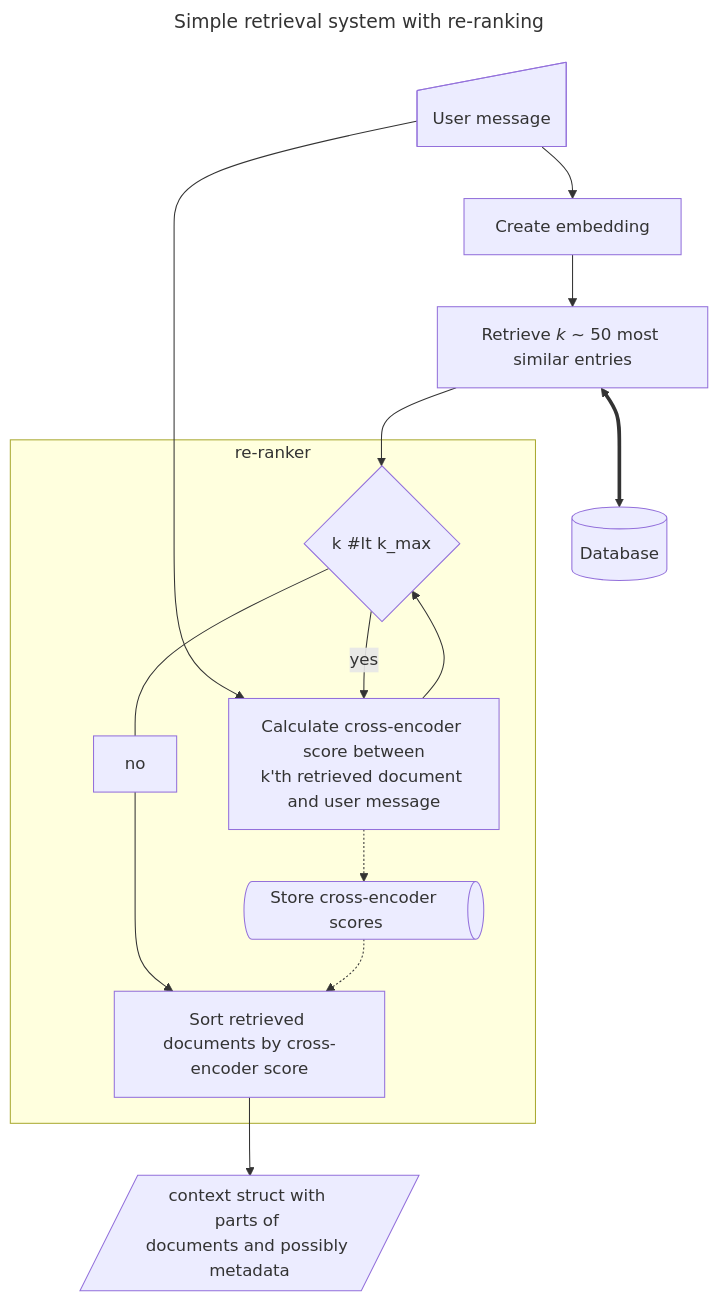
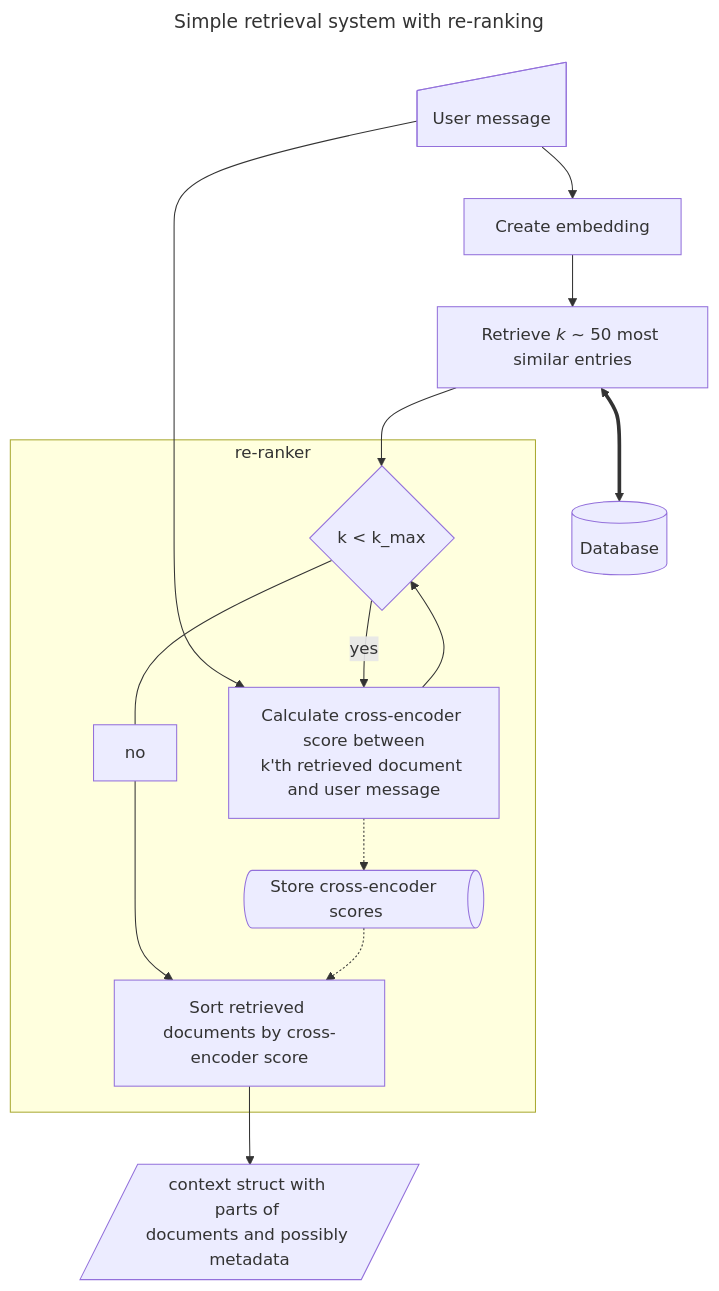
The second of 2 diagrams in docs/background/rag/retrival_system.md (DKAndreasen/public-genai-governance), drawn with Mermaid before and after one commit.

Commit message:
fix less than character

````diff
--- a/docs/background/rag/retrival_system.md
+++ b/docs/background/rag/retrival_system.md
@@ -31,32 +31,32 @@
 ```mermaid
 ---
 title: Simple retrieval system with re-ranking
 ---
 graph TD;
     db[(Database)]
     input@{ shape: manual-input, label: "User message" }
     embed["Create embedding"]
     retriever["`Retrieve _k_ ~ 50 most similar entries`"]
     output@{ shape: in-out, label: "context struct with parts of 
     documents and possibly metadata" }
     input --> embed
     embed --> retriever
     retriever <==> db
     retriever --> loopCondition
     input ----> crossEncoder
     
     subgraph re-ranker
-        loopCondition@{ shape: decision, label: "k #lt k_max"}
+        loopCondition@{ shape: decision, label: "k &lt; k_max"}
         crossEncoder["`Calculate cross-encoder score between
         k'th retrieved document and user message`"]
         storage@{ shape: das, label: "Store cross-encoder scores"}
         sorter["Sort retrieved documents by cross-encoder score"]
         loopCondition -- yes --> crossEncoder
         
         crossEncoder --> loopCondition
         loopCondition --- no ---> sorter
         crossEncoder -.-> storage
         storage -.-> sorter
     end
     sorter --> output
 ```
````
